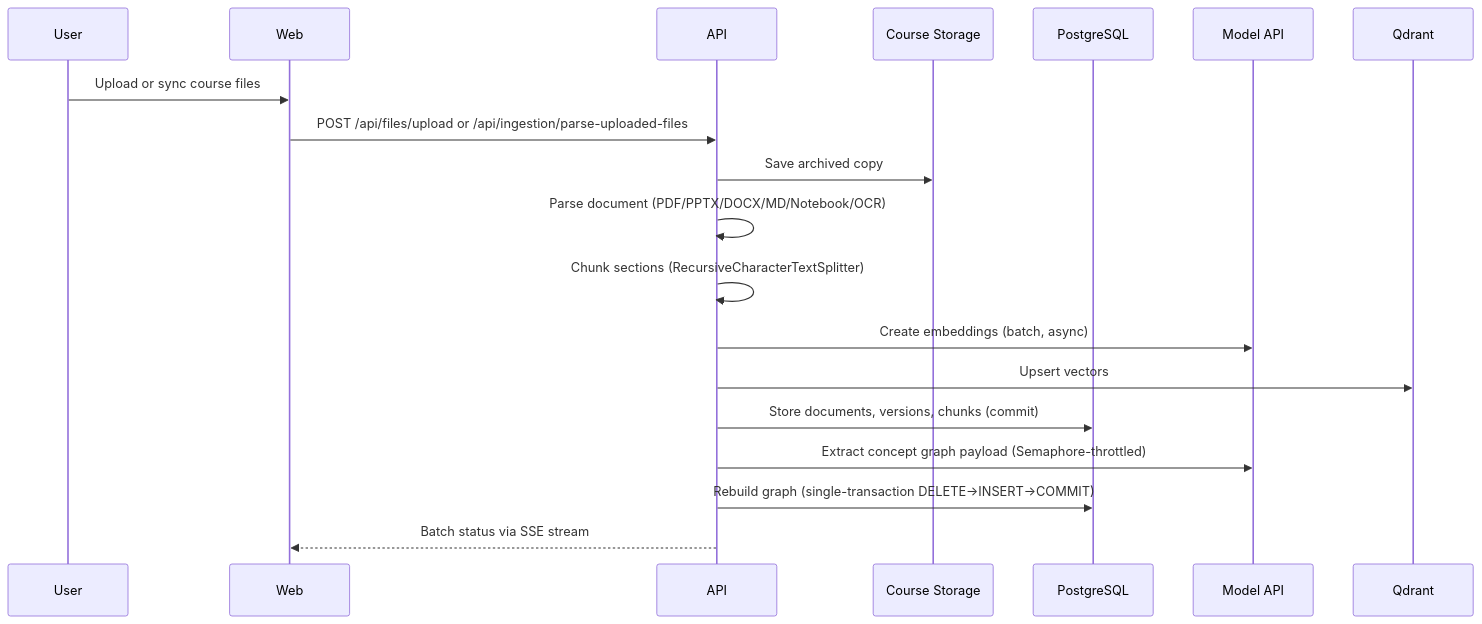
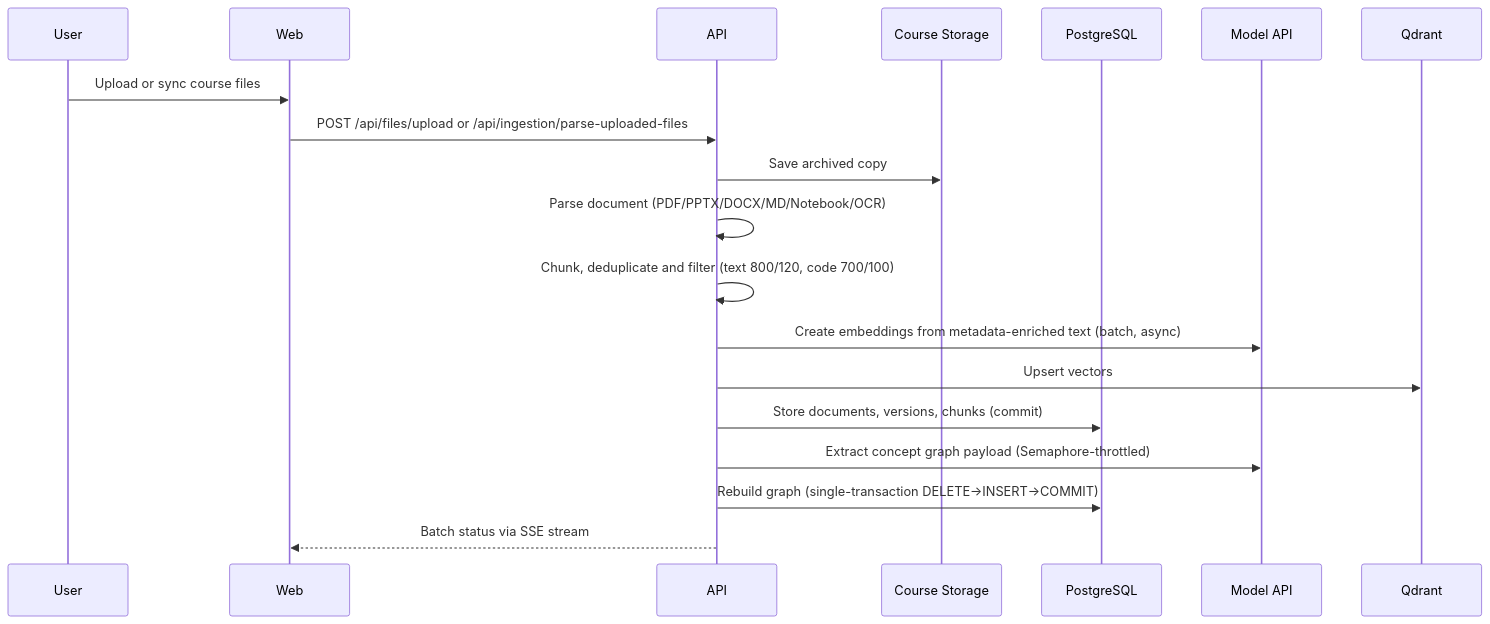
Before and after one commit to Sggggt/DialoGraph: the third of 6 diagrams in README.en.md, drawn with Mermaid. The commit also changed other lines of this file and 1 other file, not shown here.

````diff
--- a/README.en.md
+++ b/README.en.md
@@ -356,22 +356,22 @@
 ```mermaid
 sequenceDiagram
     participant User
     participant Web
     participant API
     participant FS as Course Storage
     participant DB as PostgreSQL
     participant Model as Model API
     participant Qdrant
 
     User->>Web: Upload or sync course files
     Web->>API: POST /api/files/upload or /api/ingestion/parse-uploaded-files
     API->>FS: Save archived copy
     API->>API: Parse document (PDF/PPTX/DOCX/MD/Notebook/OCR)
-    API->>API: Chunk sections (RecursiveCharacterTextSplitter)
-    API->>Model: Create embeddings (batch, async)
+    API->>API: Chunk, deduplicate and filter (text 800/120, code 700/100)
+    API->>Model: Create embeddings from metadata-enriched text (batch, async)
     API->>Qdrant: Upsert vectors
     API->>DB: Store documents, versions, chunks (commit)
     API->>Model: Extract concept graph payload (Semaphore-throttled)
     API->>DB: Rebuild graph (single-transaction DELETE→INSERT→COMMIT)
     API-->>Web: Batch status via SSE stream
 ```
````
